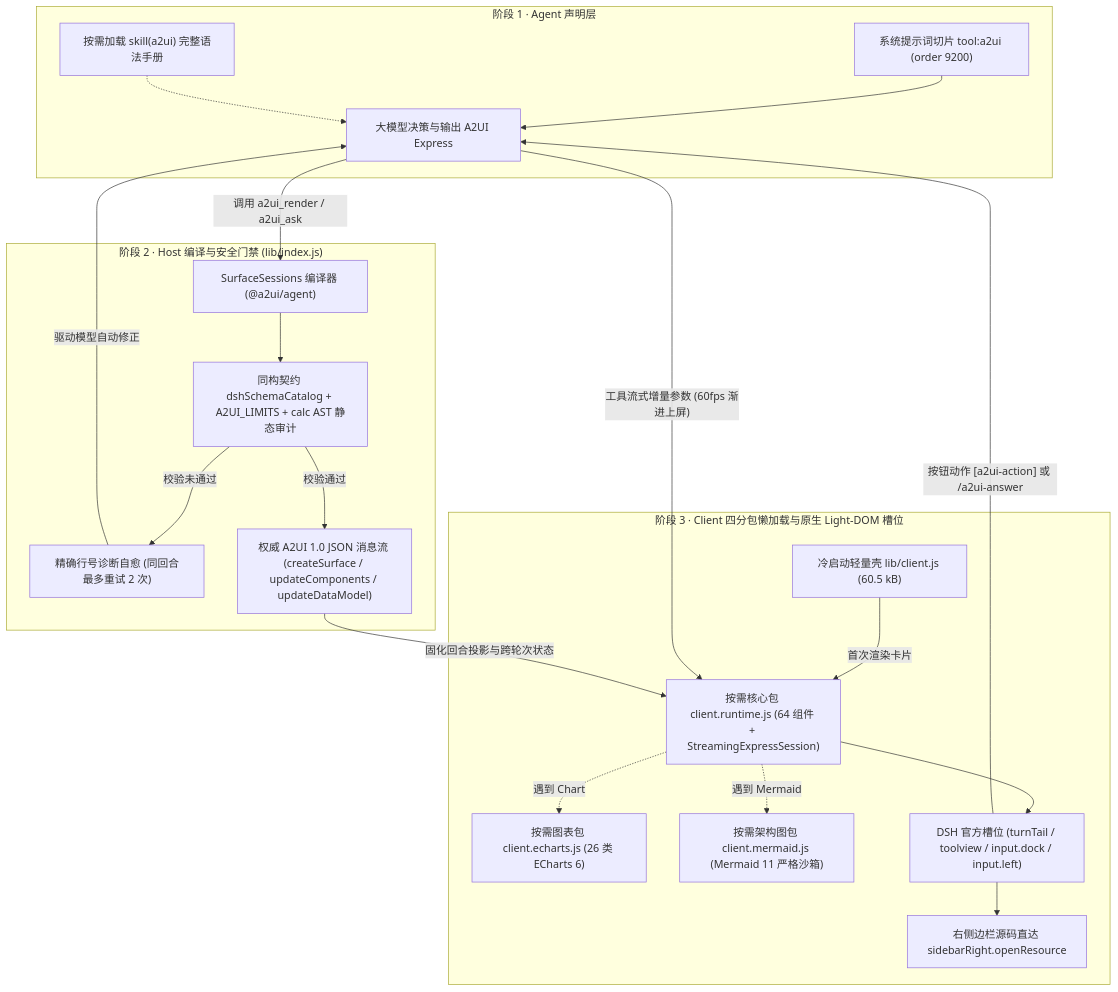
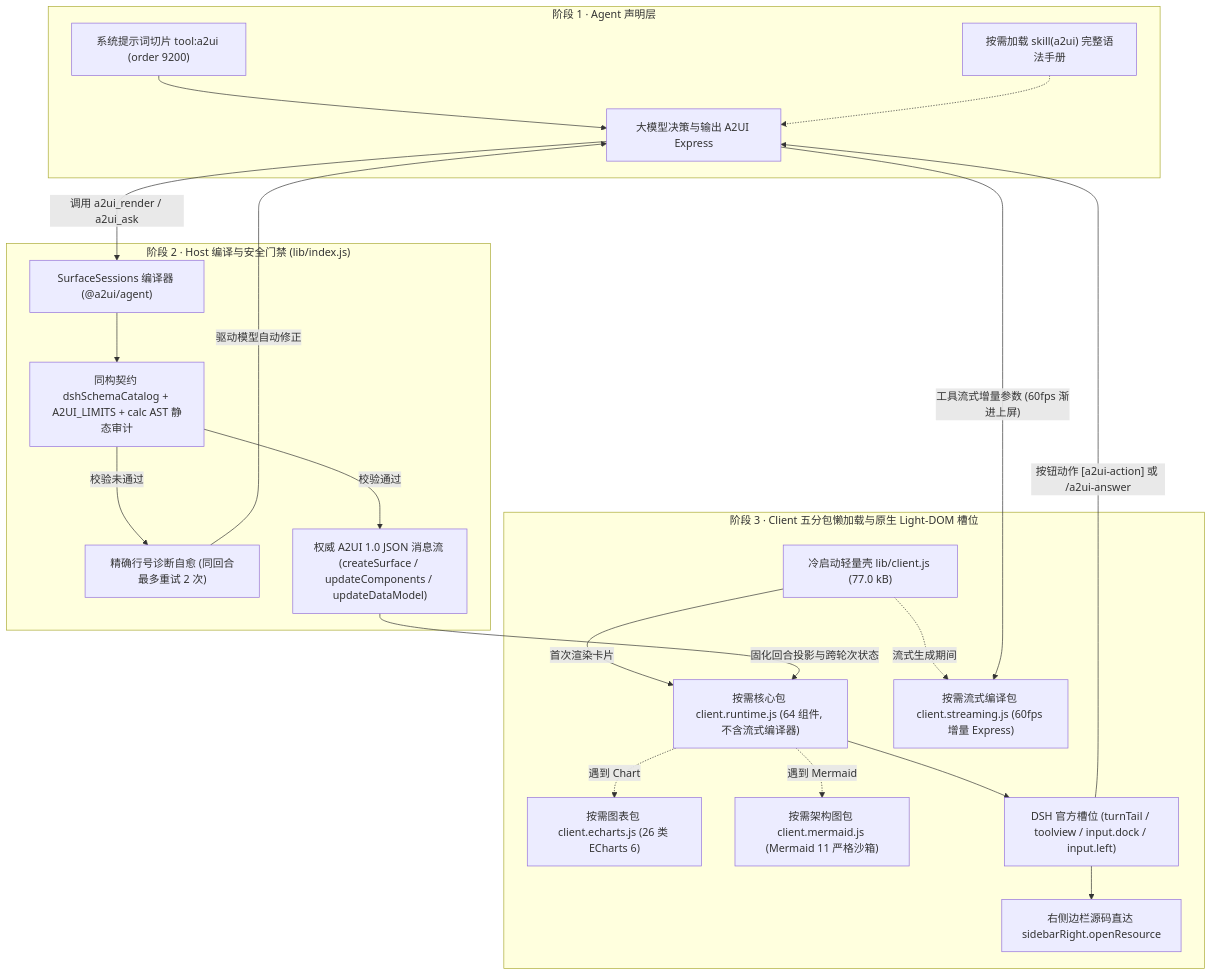
One commit to Geekhyt/dsh-genui-a2ui changed the diagram in docs/DEVELOPMENT.zh-CN.md. Above: the diagram before and after it, drawn with Mermaid. The commit also changed other lines of this file and 23 other files, not shown here.

````diff
--- a/docs/DEVELOPMENT.zh-CN.md
+++ b/docs/DEVELOPMENT.zh-CN.md
@@ -17,40 +17,42 @@
 ```mermaid
 flowchart TB
   subgraph S1["阶段 1 · Agent 声明层"]
     P["系统提示词切片 tool:a2ui (order 9200)"]
     SK["按需加载 skill(a2ui) 完整语法手册"]
     LLM["大模型决策与输出 A2UI Express"]
     P --> LLM
     SK -.-> LLM
   end
 
   subgraph S2["阶段 2 · Host 编译与安全门禁 (lib/index.js)"]
     COMP["SurfaceSessions 编译器 (@a2ui/agent)"]
     ZOD["同构契约 dshSchemaCatalog + A2UI_LIMITS + calc AST 静态审计"]
     REPAIR["精确行号诊断自愈 (同回合最多重试 2 次)"]
     WIRE["权威 A2UI 1.0 JSON 消息流 (createSurface / updateComponents / updateDataModel)"]
     COMP --> ZOD
     ZOD -->|"校验未通过"| REPAIR
     REPAIR -->|"驱动模型自动修正"| LLM
     ZOD -->|"校验通过"| WIRE
   end
 
-  subgraph S3["阶段 3 · Client 四分包懒加载与原生 Light-DOM 槽位"]
-    SHELL["冷启动轻量壳 lib/client.js (60.5 kB)"]
-    RT["按需核心包 client.runtime.js (64 组件 + StreamingExpressSession)"]
+  subgraph S3["阶段 3 · Client 五分包懒加载与原生 Light-DOM 槽位"]
+    SHELL["冷启动轻量壳 lib/client.js (77.0 kB)"]
+    RT["按需核心包 client.runtime.js (64 组件, 不含流式编译器)"]
+    ST["按需流式编译包 client.streaming.js (60fps 增量 Express)"]
     EC["按需图表包 client.echarts.js (26 类 ECharts 6)"]
     MM["按需架构图包 client.mermaid.js (Mermaid 11 严格沙箱)"]
     SLOTS["DSH 官方槽位 (turnTail / toolview / input.dock / input.left)"]
     SIDE["右侧边栏源码直达 sidebarRight.openResource"]
     SHELL -->|"首次渲染卡片"| RT
+    SHELL -.->|"流式生成期间"| ST
     RT -.->|"遇到 Chart"| EC
     RT -.->|"遇到 Mermaid"| MM
     RT --> SLOTS
     SLOTS --> SIDE
   end
 
-  LLM -->|"工具流式增量参数 (60fps 渐进上屏)"| RT
+  LLM -->|"工具流式增量参数 (60fps 渐进上屏)"| ST
   LLM -->|"调用 a2ui_render / a2ui_ask"| COMP
   WIRE -->|"固化回合投影与跨轮次状态"| RT
   SLOTS -->|"按钮动作 [a2ui-action] 或 /a2ui-answer"| LLM
 ```
````
